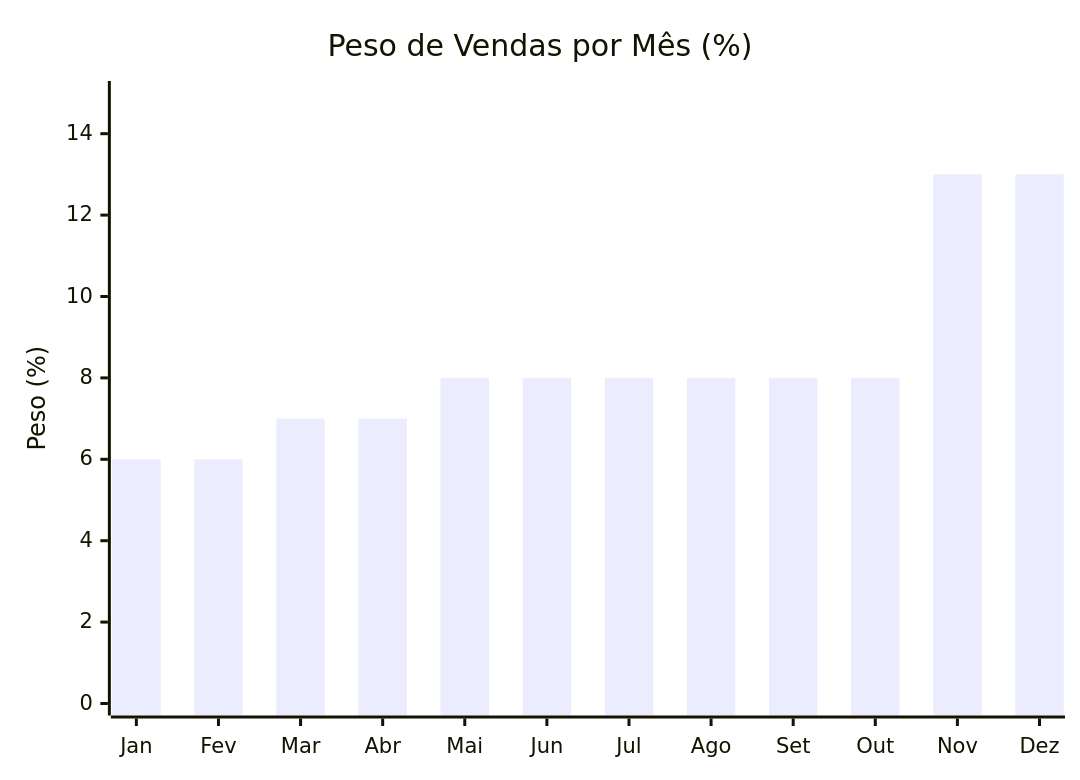
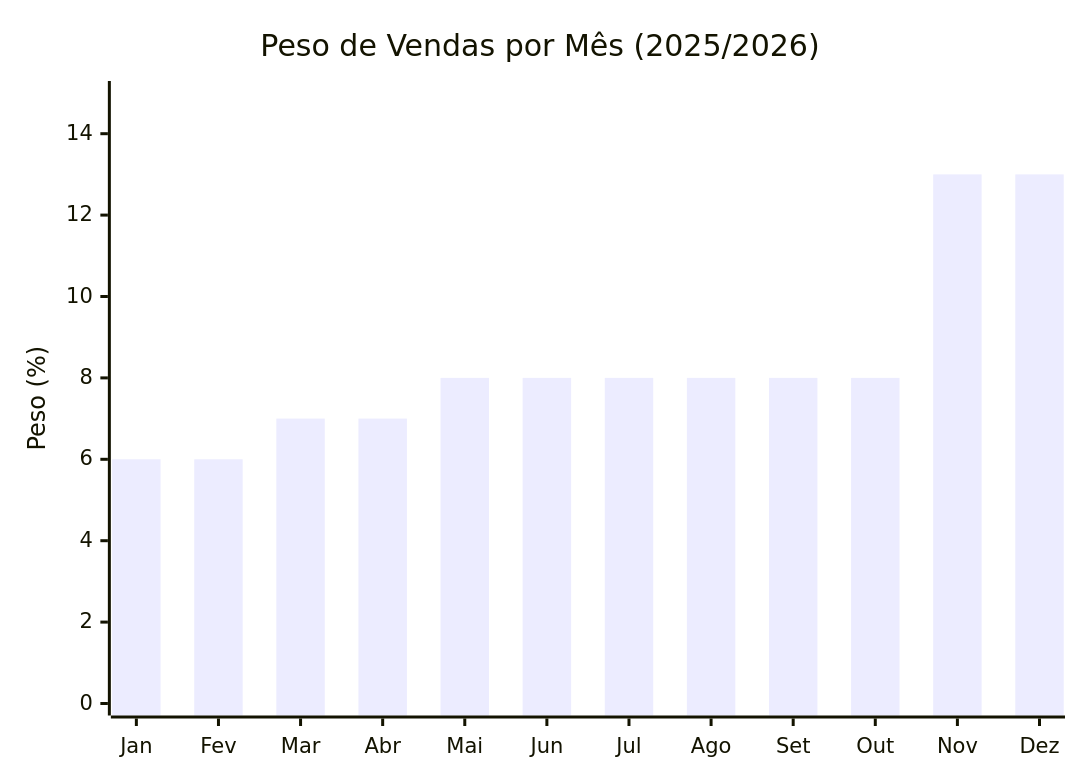
The fifth of 5 diagrams in docs/banco-de-dados.md (Igor-Scalzer010/Sales-Analytics), drawn with Mermaid before and after one commit. The commit also changed other lines of this file, not shown here.

````diff
--- a/docs/banco-de-dados.md
+++ b/docs/banco-de-dados.md
@@ -399,7 +419,7 @@
 ```mermaid
 xychart-beta
-    title "Peso de Vendas por Mês (%)"
+    title "Peso de Vendas por Mês (2025/2026)"
     x-axis ["Jan","Fev","Mar","Abr","Mai","Jun","Jul","Ago","Set","Out","Nov","Dez"]
     y-axis "Peso (%)" 0 --> 15
     bar [6, 6, 7, 7, 8, 8, 8, 8, 8, 8, 13, 13]
 ```
````
